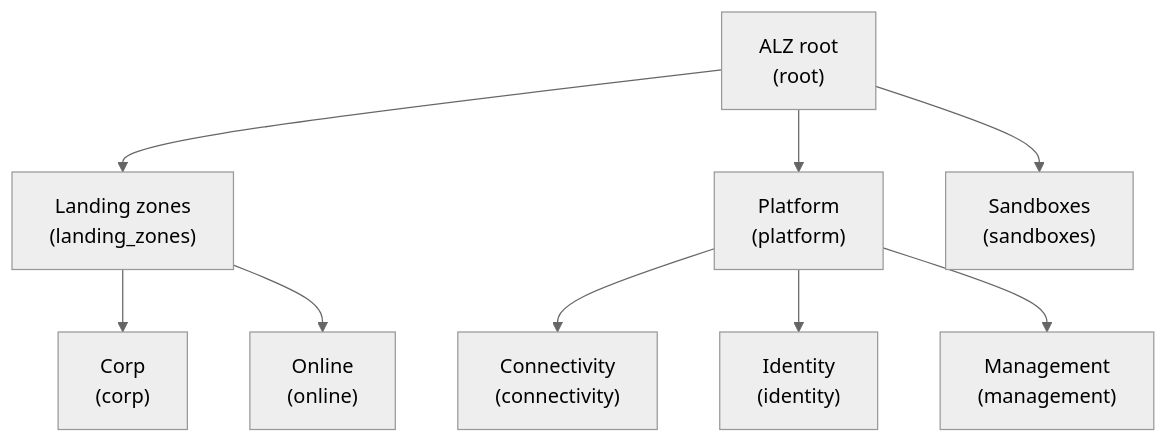
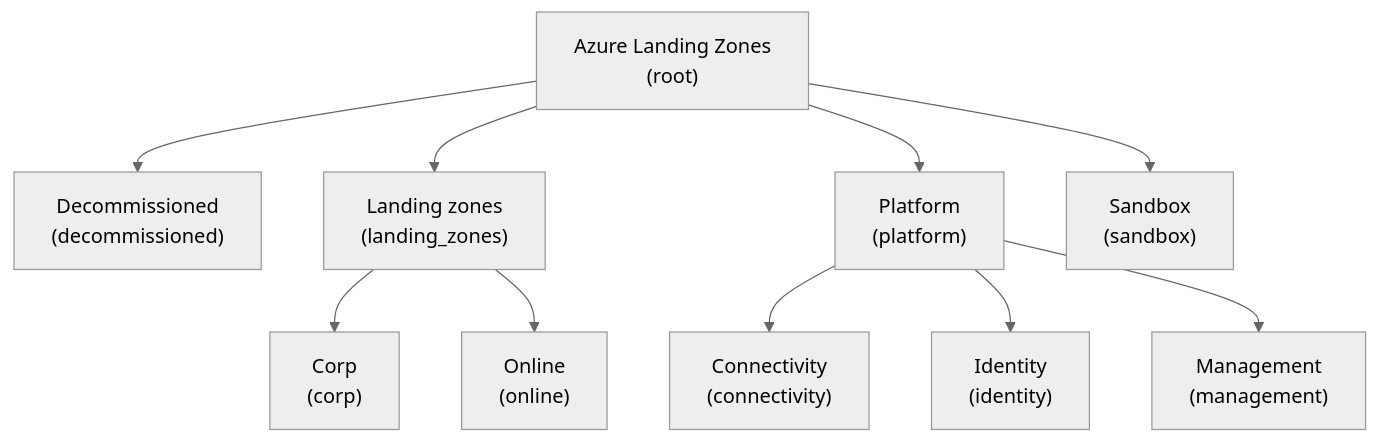
The first of 2 diagrams in platform/slz/README.md (Azure/Azure-Landing-Zones-Library), drawn with Mermaid (neutral theme) before and after one commit. The commit also changed other lines of this file and 3 other files, not shown here.

````diff
--- a/platform/slz/README.md
+++ b/platform/slz/README.md
@@ -31,30 +31,33 @@
 ```mermaid
 flowchart TD
-  alzroot["ALZ root
+  alz["Azure Landing Zones
 (root)"]
-  alzroot --> landingzones
+  alz --> decommissioned
+  decommissioned["Decommissioned
+(decommissioned)"]
+  alz --> landingzones
   landingzones["Landing zones
 (landing_zones)"]
   landingzones --> corp
   corp["Corp
 (corp)"]
   landingzones --> online
   online["Online
 (online)"]
-  alzroot --> platform
+  alz --> platform
   platform["Platform
 (platform)"]
   platform --> connectivity
   connectivity["Connectivity
 (connectivity)"]
   platform --> identity
   identity["Identity
 (identity)"]
   platform --> management
   management["Management
 (management)"]
-  alzroot --> sandboxes
-  sandboxes["Sandboxes
-(sandboxes)"]
+  alz --> sandbox
+  sandbox["Sandbox
+(sandbox)"]
 
 ```
````
